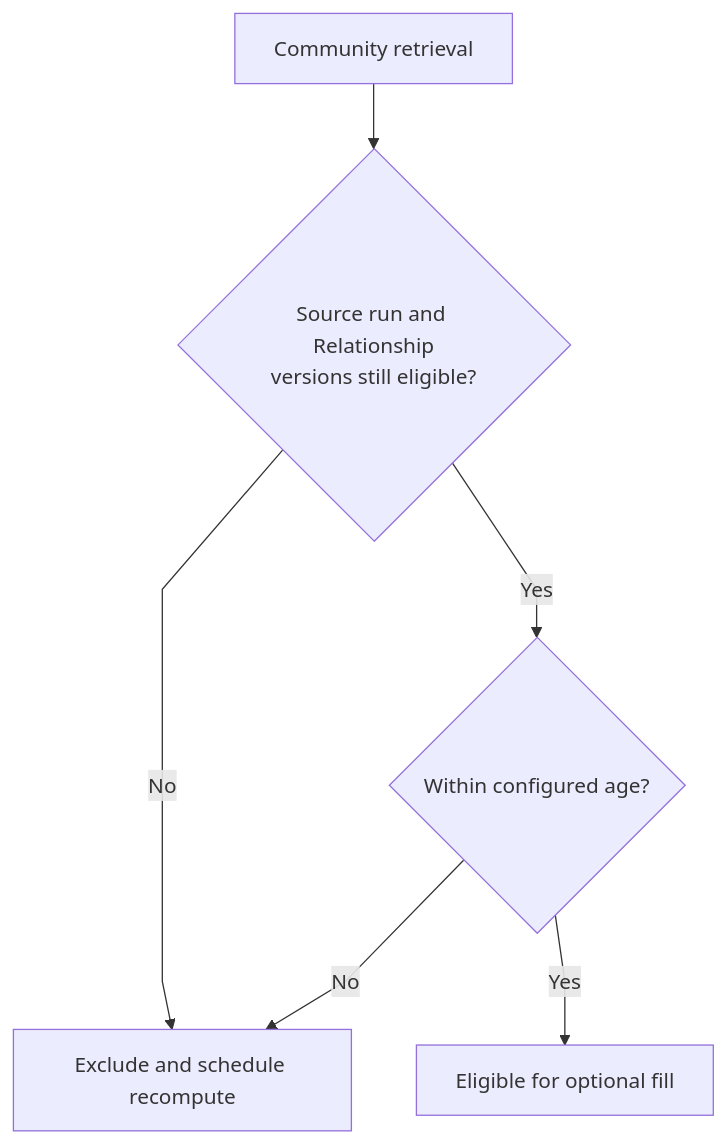
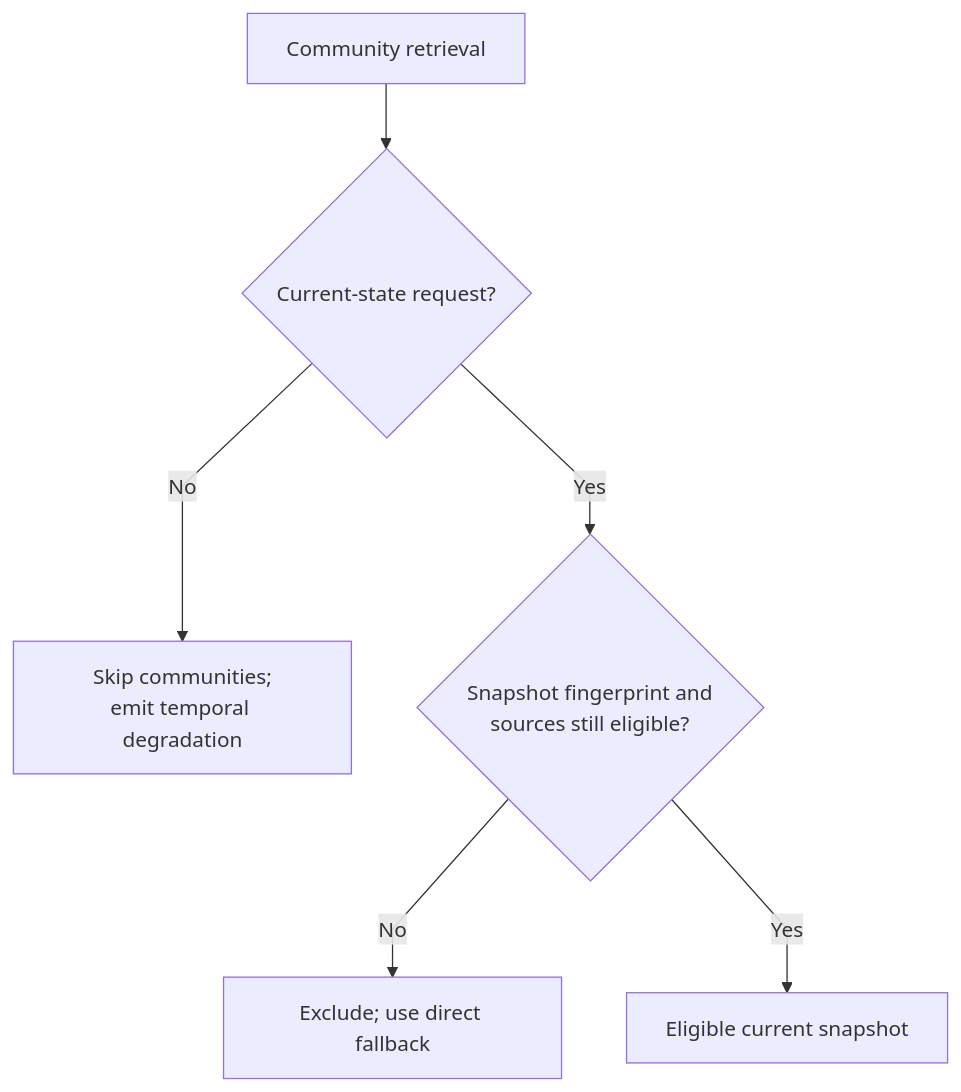
The fourth of 4 diagrams in Community-And-Dreaming.md (markhuangai/dense-mem), drawn with Mermaid before and after one commit. The commit also changed other lines of this file and 10 other files, not shown here.

````diff
--- a/Community-And-Dreaming.md
+++ b/Community-And-Dreaming.md
@@ -202,9 +283,9 @@
 ```mermaid
 %%{init: {"flowchart": {"curve": "linear"}}}%%
 flowchart TD
-  Read["Community retrieval"] --> Versions{"Source run and Relationship<br/>versions still eligible?"}
-  Versions -- No --> Stale["Exclude and schedule recompute"]
-  Versions -- Yes --> Age{"Within configured age?"}
-  Age -- No --> Stale
-  Age -- Yes --> Use["Eligible for optional fill"]
+  Read["Community retrieval"] --> Current{"Current-state request?"}
+  Current -- No --> Temporal["Skip communities;<br/>emit temporal degradation"]
+  Current -- Yes --> Versions{"Snapshot fingerprint and<br/>sources still eligible?"}
+  Versions -- No --> Stale["Exclude; use direct fallback"]
+  Versions -- Yes --> Use["Eligible current snapshot"]
 ```
````
